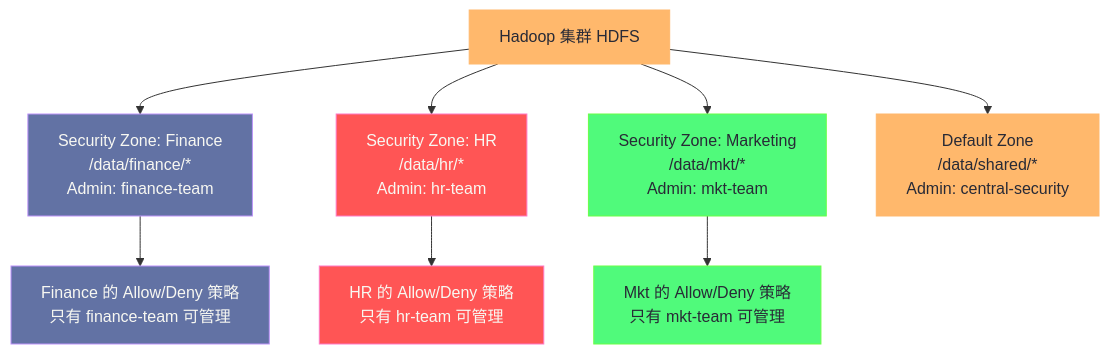
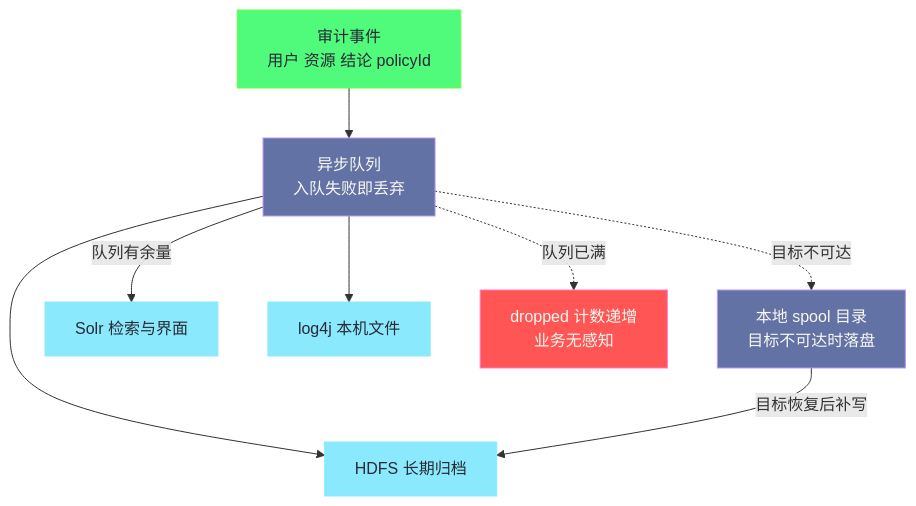
Before and after one commit to hpliStartAgain/my-brain: the fifth of 5 diagrams in content/大数据/安全与认证/04 Apache Ranger 权限管控体系深度解析.md, drawn with Mermaid. The commit also changed other lines of this file and 455 other files, not shown here.

````diff
--- a/content/大数据/安全与认证/04 Apache Ranger 权限管控体系深度解析.md
+++ b/content/大数据/安全与认证/04 Apache Ranger 权限管控体系深度解析.md
@@ -509,23 +436,24 @@
 ```mermaid
 %%{init: {'theme': 'dracula'}}%%
 graph TD
-    classDef zone1 fill:#6272a4,stroke:#bd93f9,color:#f8f8f2
-    classDef zone2 fill:#ff5555,stroke:#ff79c6,color:#f8f8f2
-    classDef zone3 fill:#50fa7b,stroke:#69ff47,color:#282a36
-    classDef default fill:#ffb86c,stroke:#ffb86c,color:#282a36
+    classDef ev fill:#50fa7b,stroke:#69ff47,color:#282a36
+    classDef q fill:#6272a4,stroke:#bd93f9,color:#f8f8f2
+    classDef sink fill:#8be9fd,stroke:#8be9fd,color:#282a36
+    classDef bad fill:#ff5555,stroke:#ff79c6,color:#f8f8f2
 
-    A["Hadoop 集群 HDFS"]
-    B["Security Zone: Finance</br>/data/finance/*</br>Admin: finance-team"]:::zone1
-    C["Security Zone: HR</br>/data/hr/*</br>Admin: hr-team"]:::zone2
-    D["Security Zone: Marketing</br>/data/mkt/*</br>Admin: mkt-team"]:::zone3
-    E["Default Zone</br>/data/shared/*</br>Admin: central-security"]:::default
+    E["审计事件<br/>用户 资源 结论 policyId"]:::ev
+    Q["异步队列<br/>入队失败即丢弃"]:::q
+    SP["本地 spool 目录<br/>目标不可达时落盘"]:::q
+    S1["Solr 检索与界面"]:::sink
+    S2["HDFS 长期归档"]:::sink
+    S3["log4j 本机文件"]:::sink
+    D["dropped 计数递增<br/>业务无感知"]:::bad
 
-    A --> B
-    A --> C
-    A --> D
-    A --> E
-
-    B --> B1["Finance 的 Allow/Deny 策略</br>只有 finance-team 可管理"]:::zone1
-    C --> C1["HR 的 Allow/Deny 策略</br>只有 hr-team 可管理"]:::zone2
-    D --> D1["Mkt 的 Allow/Deny 策略</br>只有 mkt-team 可管理"]:::zone3
+    E --> Q
+    Q -->|"队列有余量"| S1
+    Q --> S2
+    Q --> S3
+    Q -.->|"队列已满"| D
+    Q -.->|"目标不可达"| SP
+    SP -->|"目标恢复后补写"| S2
 ```
````
